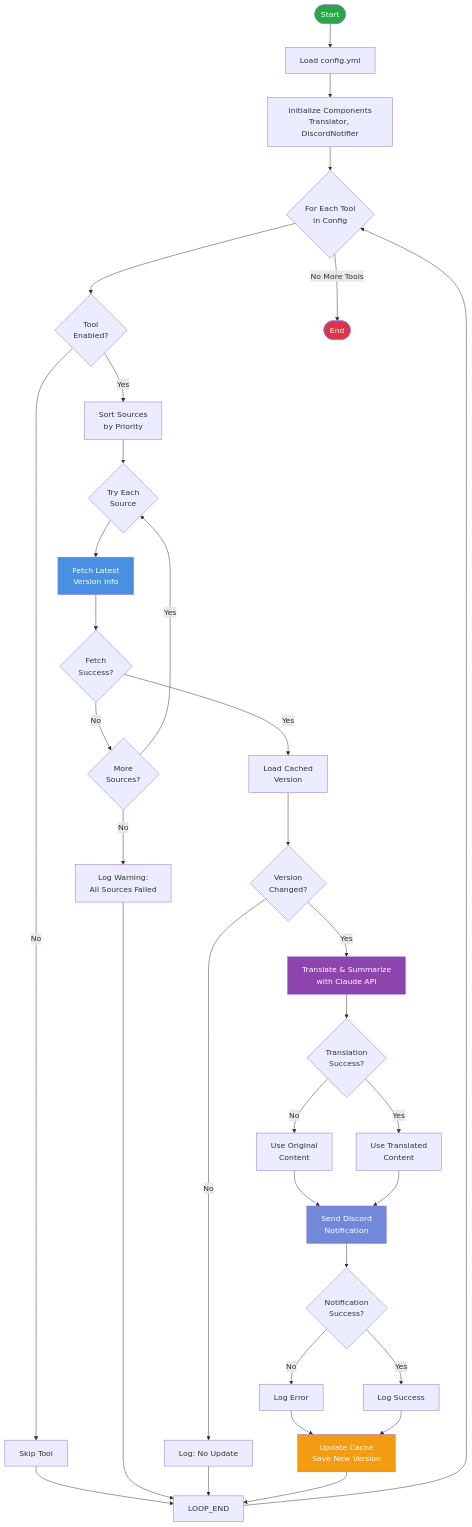
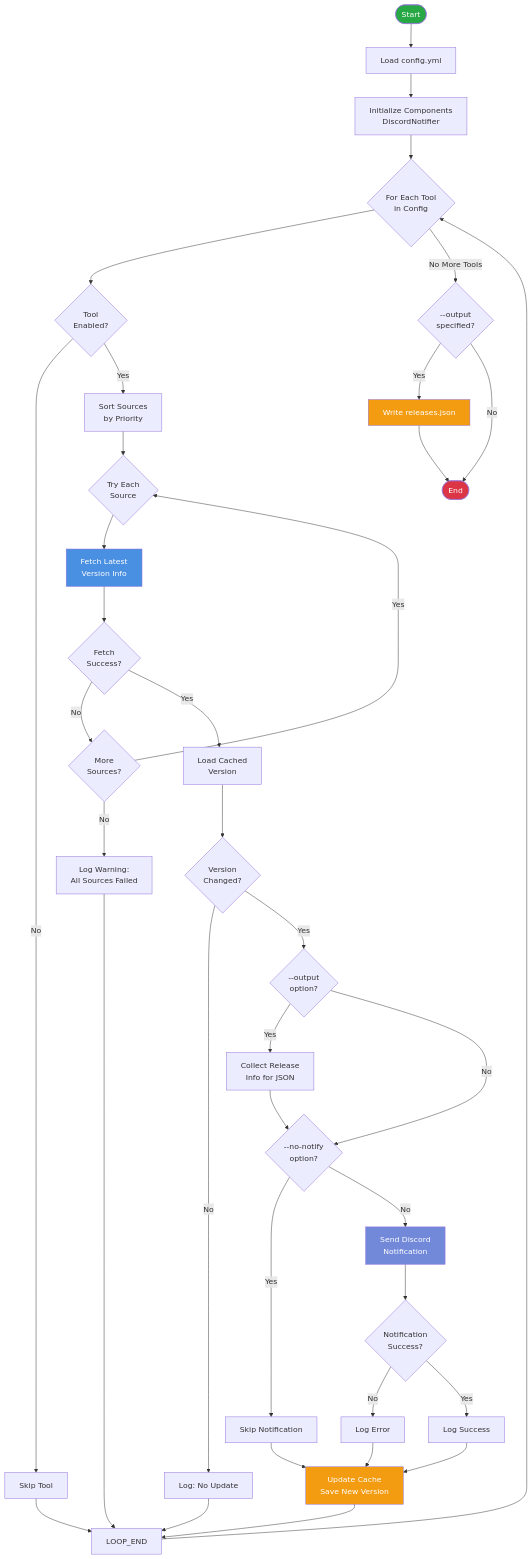
Before and after one commit to rysk-tanaka/devtools-release-notifier: the first of 11 diagrams in docs/data-flow.md, drawn with Mermaid. The commit also changed other lines of this file and 4 other files, not shown here.

First line of the commit message:
docs: update all documentation to reflect GitHub Actions architecture

````diff
--- a/docs/data-flow.md
+++ b/docs/data-flow.md
@@ -7,59 +7,64 @@
 ```mermaid
 flowchart TD
     START([Start]) --> LOAD_CONFIG[Load config.yml]
-    LOAD_CONFIG --> INIT[Initialize Components<br/>Translator, DiscordNotifier]
+    LOAD_CONFIG --> INIT[Initialize Components<br/>DiscordNotifier]
 
     INIT --> LOOP_START{For Each Tool<br/>in Config}
 
     LOOP_START --> CHECK_ENABLED{Tool<br/>Enabled?}
     CHECK_ENABLED -->|No| SKIP[Skip Tool]
     SKIP --> LOOP_END
 
     CHECK_ENABLED -->|Yes| SORT_SOURCES[Sort Sources<br/>by Priority]
 
     SORT_SOURCES --> SOURCE_LOOP{Try Each<br/>Source}
 
     SOURCE_LOOP --> FETCH[Fetch Latest<br/>Version Info]
 
     FETCH --> FETCH_SUCCESS{Fetch<br/>Success?}
     FETCH_SUCCESS -->|No| NEXT_SOURCE{More<br/>Sources?}
     NEXT_SOURCE -->|Yes| SOURCE_LOOP
     NEXT_SOURCE -->|No| WARN[Log Warning:<br/>All Sources Failed]
     WARN --> LOOP_END
 
     FETCH_SUCCESS -->|Yes| LOAD_CACHE[Load Cached<br/>Version]
 
     LOAD_CACHE --> COMPARE{Version<br/>Changed?}
 
     COMPARE -->|No| INFO[Log: No Update]
     INFO --> LOOP_END
 
-    COMPARE -->|Yes| TRANSLATE[Translate & Summarize<br/>with Claude API]
+    COMPARE -->|Yes| CHECK_OUTPUT{--output<br/>option?}
 
-    TRANSLATE --> TRANSLATE_SUCCESS{Translation<br/>Success?}
-    TRANSLATE_SUCCESS -->|No| FALLBACK[Use Original<br/>Content]
-    TRANSLATE_SUCCESS -->|Yes| TRANSLATED[Use Translated<br/>Content]
+    CHECK_OUTPUT -->|Yes| COLLECT[Collect Release<br/>Info for JSON]
+    CHECK_OUTPUT -->|No| CHECK_NOTIFY{--no-notify<br/>option?}
 
-    FALLBACK --> NOTIFY
-    TRANSLATED --> NOTIFY[Send Discord<br/>Notification]
+    COLLECT --> CHECK_NOTIFY
+
+    CHECK_NOTIFY -->|Yes| SKIP_NOTIFY[Skip Notification]
+    CHECK_NOTIFY -->|No| NOTIFY[Send Discord<br/>Notification]
 
     NOTIFY --> NOTIFY_SUCCESS{Notification<br/>Success?}
     NOTIFY_SUCCESS -->|No| ERR_LOG[Log Error]
     NOTIFY_SUCCESS -->|Yes| SUCCESS_LOG[Log Success]
 
     ERR_LOG --> UPDATE_CACHE
     SUCCESS_LOG --> UPDATE_CACHE[Update Cache<br/>Save New Version]
+    SKIP_NOTIFY --> UPDATE_CACHE
 
     UPDATE_CACHE --> LOOP_END
 
     LOOP_END --> LOOP_START
 
-    LOOP_START -->|No More Tools| END([End])
+    LOOP_START -->|No More Tools| OUTPUT_CHECK{--output<br/>specified?}
+    OUTPUT_CHECK -->|Yes| OUTPUT_JSON[Write releases.json]
+    OUTPUT_CHECK -->|No| END
+    OUTPUT_JSON --> END([End])
 
     style START fill:#28a745,color:#fff
     style END fill:#dc3545,color:#fff
     style FETCH fill:#4a90e2,color:#fff
-    style TRANSLATE fill:#8e44ad,color:#fff
     style NOTIFY fill:#7289da,color:#fff
     style UPDATE_CACHE fill:#f39c12,color:#fff
+    style OUTPUT_JSON fill:#f39c12,color:#fff
 ```
````
